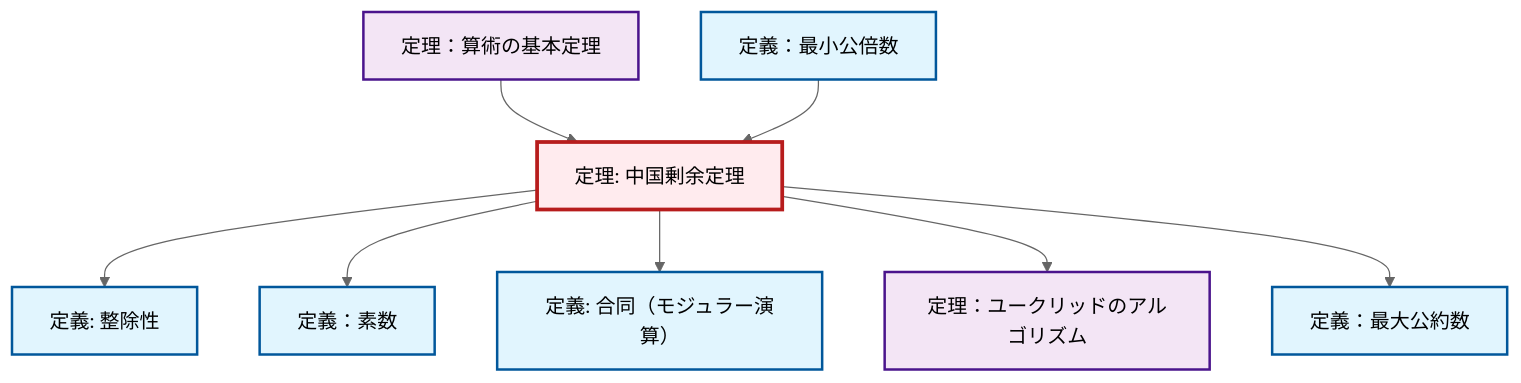
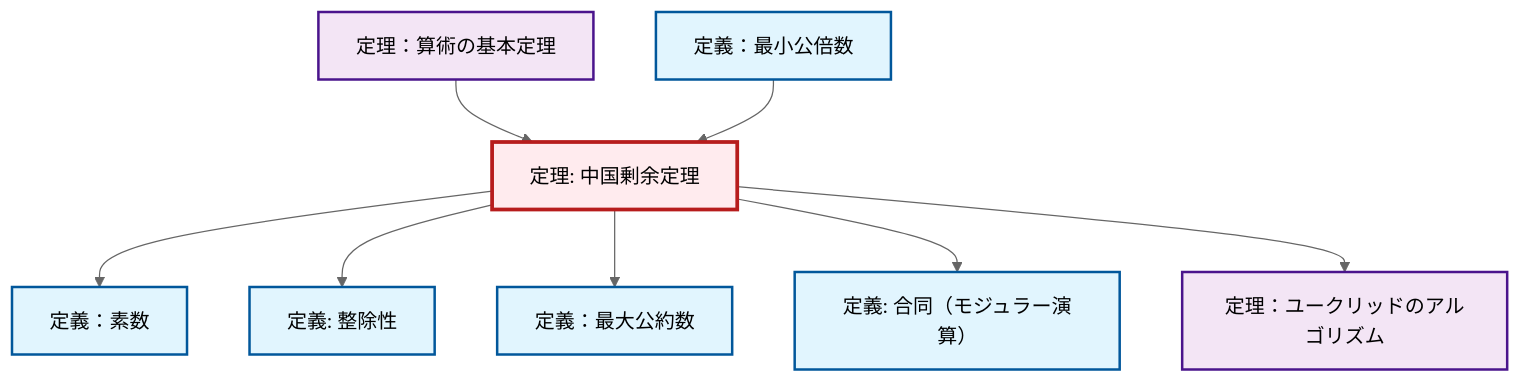
The diagram in content/ja/number-theory/thm-chinese-remainder.qmd (RK0429/ModernMath), drawn with Mermaid (neutral theme) before and after one commit. The commit also changed other lines of this file and 1012 other files, not shown here.

````diff
--- a/content/ja/number-theory/thm-chinese-remainder.qmd
+++ b/content/ja/number-theory/thm-chinese-remainder.qmd
@@ -89,32 +89,32 @@
 ```{mermaid}
 %%| fig-cap: "Local dependency graph"
 graph TD
     classDef definition fill:#e1f5fe,stroke:#01579b,stroke-width:2px
     classDef theorem fill:#f3e5f5,stroke:#4a148c,stroke-width:2px
     classDef axiom fill:#fff3e0,stroke:#e65100,stroke-width:2px
     classDef example fill:#e8f5e9,stroke:#1b5e20,stroke-width:2px
     classDef current fill:#ffebee,stroke:#b71c1c,stroke-width:3px
+    def-gcd["定義：最大公約数"]:::definition
     def-congruence["定義: 合同（モジュラー演算）"]:::definition
+    thm-chinese-remainder["定理: 中国剰余定理"]:::theorem
+    def-lcm["定義：最小公倍数"]:::definition
+    thm-fundamental-arithmetic["定理：算術の基本定理"]:::theorem
     def-divisibility["定義: 整除性"]:::definition
-    thm-fundamental-arithmetic["定理：算術の基本定理"]:::theorem
     thm-euclidean-algorithm["定理：ユークリッドのアルゴリズム"]:::theorem
-    thm-chinese-remainder["定理: 中国剰余定理"]:::theorem
-    def-gcd["定義：最大公約数"]:::definition
-    def-lcm["定義：最小公倍数"]:::definition
     def-prime["定義：素数"]:::definition
+    thm-chinese-remainder --> def-prime
+    thm-chinese-remainder --> def-divisibility
+    thm-chinese-remainder --> def-gcd
     thm-fundamental-arithmetic --> thm-chinese-remainder
-    thm-chinese-remainder --> def-divisibility
     def-lcm --> thm-chinese-remainder
-    thm-chinese-remainder --> def-prime
     thm-chinese-remainder --> def-congruence
     thm-chinese-remainder --> thm-euclidean-algorithm
-    thm-chinese-remainder --> def-gcd
     class thm-chinese-remainder current
+    click def-gcd "def-gcd.html" "定義：最大公約数へ"
     click def-congruence "def-congruence.html" "合同（モジュラー演算）の定義へ"
+    click def-lcm "def-lcm.html" "定義：最小公倍数へ"
+    click thm-fundamental-arithmetic "thm-fundamental-arithmetic.html" "定理：算術の基本定理へ"
     click def-divisibility "def-divisibility.html" "整除性の定義へ"
-    click thm-fundamental-arithmetic "thm-fundamental-arithmetic.html" "定理：算術の基本定理へ"
     click thm-euclidean-algorithm "thm-euclidean-algorithm.html" "定理：ユークリッドのアルゴリズムへ"
-    click def-gcd "def-gcd.html" "定義：最大公約数へ"
-    click def-lcm "def-lcm.html" "定義：最小公倍数へ"
     click def-prime "def-prime.html" "定義：素数へ"
 ```
````
